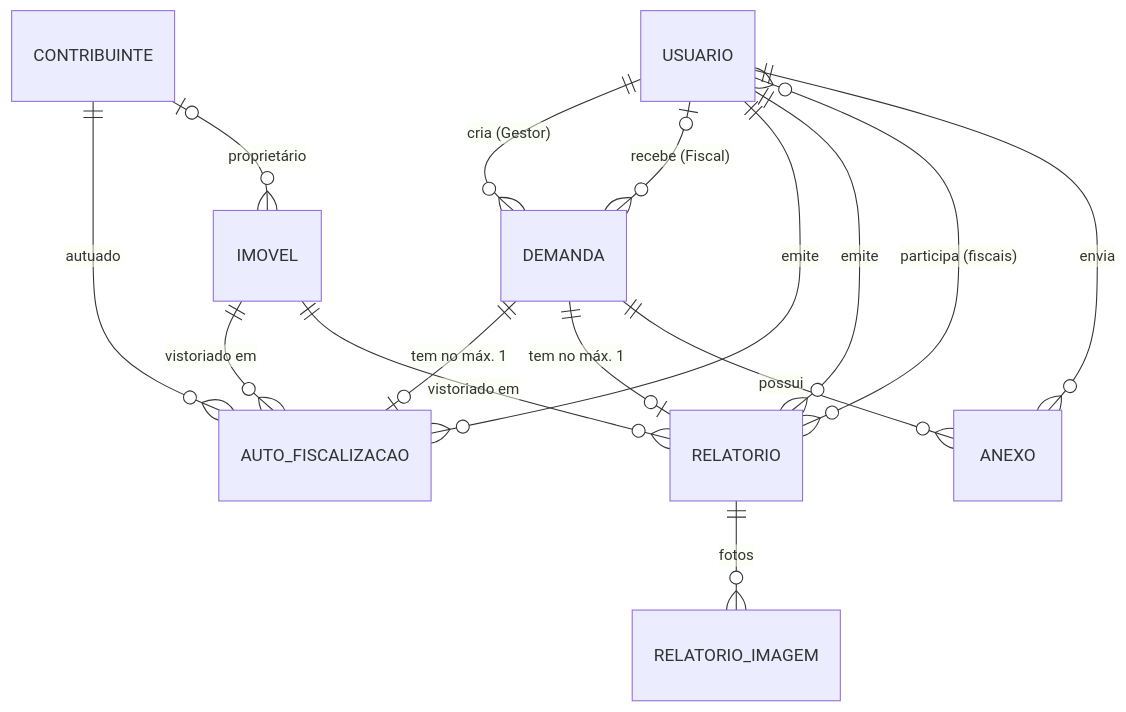
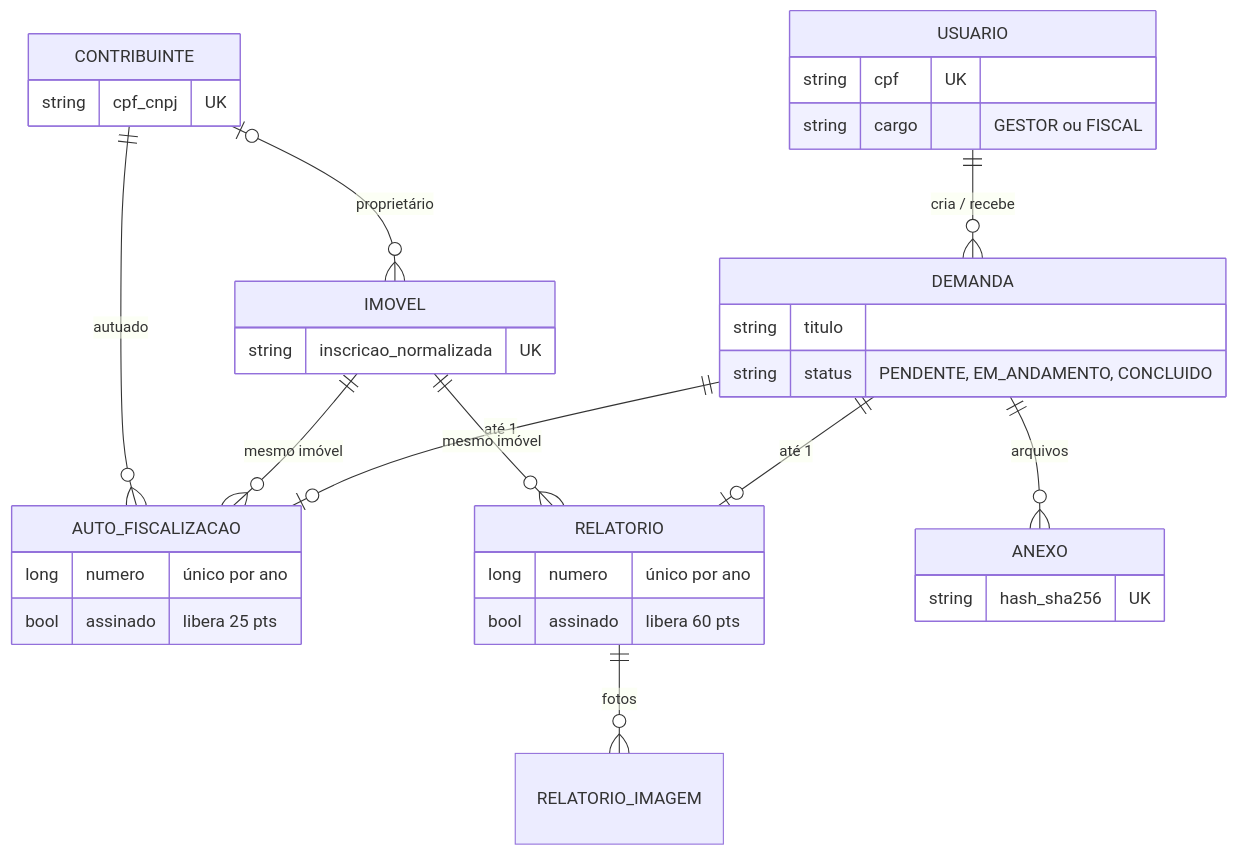
The fifth of 6 diagrams in README.md (Lulu-blue/M-dulo-de-Fiscaliza-o-Ambiental), drawn with Mermaid before and after one commit. The commit also changed other lines of this file, not shown here.

````diff
--- a/README.md
+++ b/README.md
@@ -321,17 +346,38 @@
 ```mermaid
 erDiagram
-    USUARIO ||--o{ DEMANDA : "cria (Gestor)"
-    USUARIO |o--o{ DEMANDA : "recebe (Fiscal)"
-    DEMANDA ||--o| AUTO_FISCALIZACAO : "tem no máx. 1"
-    DEMANDA ||--o| RELATORIO : "tem no máx. 1"
-    DEMANDA ||--o{ ANEXO : possui
-    USUARIO ||--o{ AUTO_FISCALIZACAO : emite
-    USUARIO ||--o{ RELATORIO : emite
-    USUARIO }o--o{ RELATORIO : "participa (fiscais)"
-    USUARIO ||--o{ ANEXO : envia
-    IMOVEL ||--o{ AUTO_FISCALIZACAO : "vistoriado em"
-    IMOVEL ||--o{ RELATORIO : "vistoriado em"
-    CONTRIBUINTE ||--o{ AUTO_FISCALIZACAO : autuado
+    USUARIO ||--o{ DEMANDA : "cria / recebe"
+    DEMANDA ||--o| AUTO_FISCALIZACAO : "até 1"
+    DEMANDA ||--o| RELATORIO : "até 1"
+    DEMANDA ||--o{ ANEXO : "arquivos"
+    IMOVEL ||--o{ AUTO_FISCALIZACAO : "mesmo imóvel"
+    IMOVEL ||--o{ RELATORIO : "mesmo imóvel"
     CONTRIBUINTE |o--o{ IMOVEL : "proprietário"
-    RELATORIO ||--o{ RELATORIO_IMAGEM : fotos
+    CONTRIBUINTE ||--o{ AUTO_FISCALIZACAO : "autuado"
+    RELATORIO ||--o{ RELATORIO_IMAGEM : "fotos"
+
+    USUARIO {
+        string cpf UK
+        string cargo "GESTOR ou FISCAL"
+    }
+    DEMANDA {
+        string titulo
+        string status "PENDENTE, EM_ANDAMENTO, CONCLUIDO"
+    }
+    AUTO_FISCALIZACAO {
+        long numero "único por ano"
+        bool assinado "libera 25 pts"
+    }
+    RELATORIO {
+        long numero "único por ano"
+        bool assinado "libera 60 pts"
+    }
+    IMOVEL {
+        string inscricao_normalizada UK
+    }
+    CONTRIBUINTE {
+        string cpf_cnpj UK
+    }
+    ANEXO {
+        string hash_sha256 UK
+    }
 ```
````
